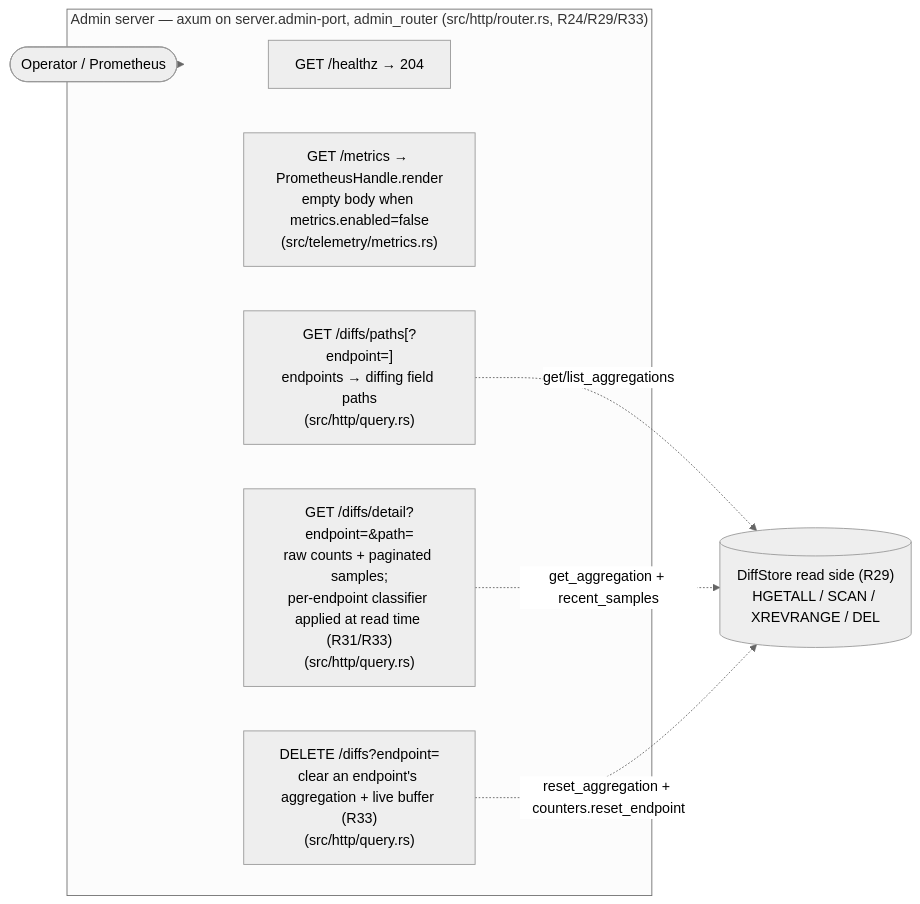
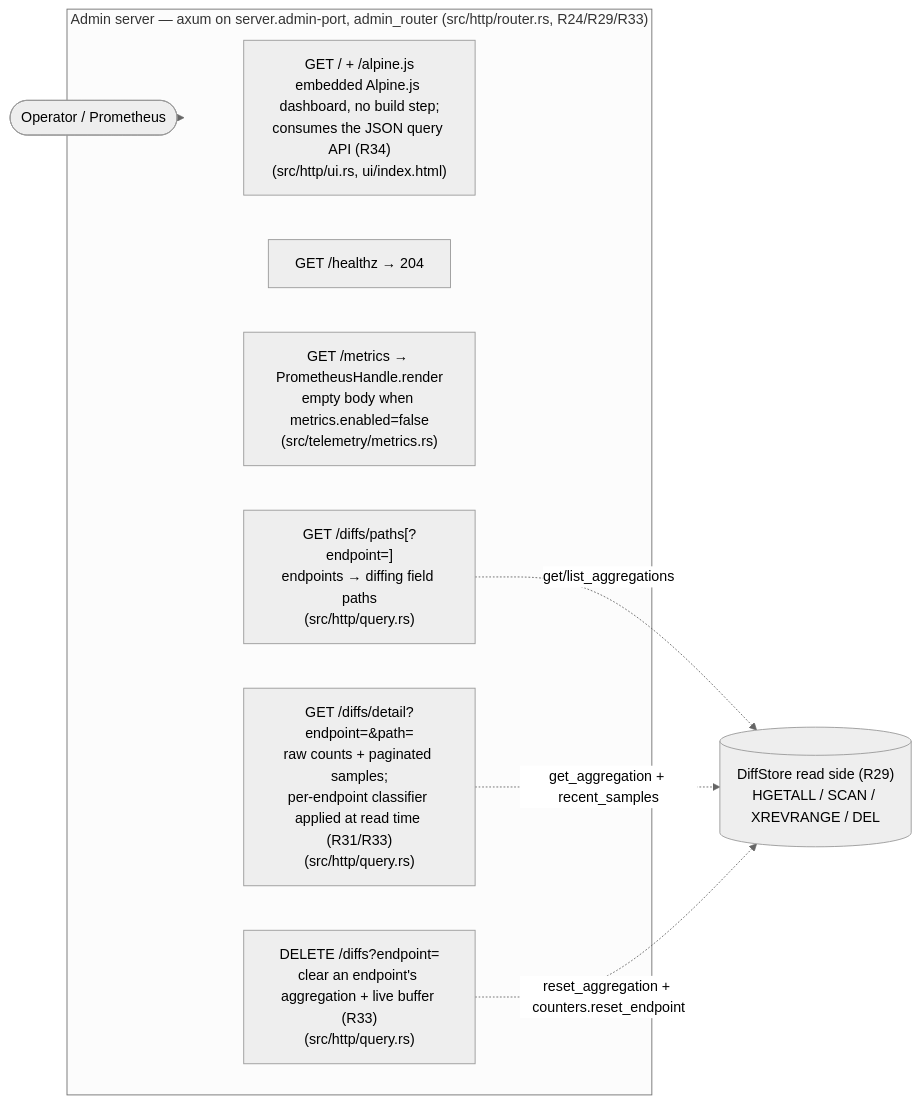
The second of 2 diagrams in docs/architecture.md (smf8/riffy), drawn with Mermaid (neutral theme) before and after one commit. The commit also changed other lines of this file and 8 other files, not shown here.

First line of the commit message:
This commit will add a minimal embedded admin dashboard UI

````diff
--- a/docs/architecture.md
+++ b/docs/architecture.md
@@ -91,17 +93,18 @@
 ```mermaid
 flowchart LR
     operator(["Operator / Prometheus"]) --> admin
 
     subgraph admin ["Admin server — axum on server.admin-port, admin_router (src/http/router.rs, R24/R29/R33)"]
+        ui["GET / + /alpine.js<br/>embedded Alpine.js dashboard, no build step;<br/>consumes the JSON query API (R34)<br/>(src/http/ui.rs, ui/index.html)"]
         hz["GET /healthz → 204"]
         mx["GET /metrics → PrometheusHandle.render<br/>empty body when metrics.enabled=false<br/>(src/telemetry/metrics.rs)"]
         paths["GET /diffs/paths[?endpoint=]<br/>endpoints → diffing field paths<br/>(src/http/query.rs)"]
         detail["GET /diffs/detail?endpoint=&path=<br/>raw counts + paginated samples;<br/>per-endpoint classifier applied at read time (R31/R33)<br/>(src/http/query.rs)"]
         reset["DELETE /diffs?endpoint=<br/>clear an endpoint's aggregation + live buffer (R33)<br/>(src/http/query.rs)"]
     end
 
     paths -. "get/list_aggregations" .-> readstore
     detail -. "get_aggregation + recent_samples" .-> readstore
     reset -. "reset_aggregation + counters.reset_endpoint" .-> readstore
     readstore[("DiffStore read side (R29)<br/>HGETALL / SCAN / XREVRANGE / DEL")]
 ```
````
